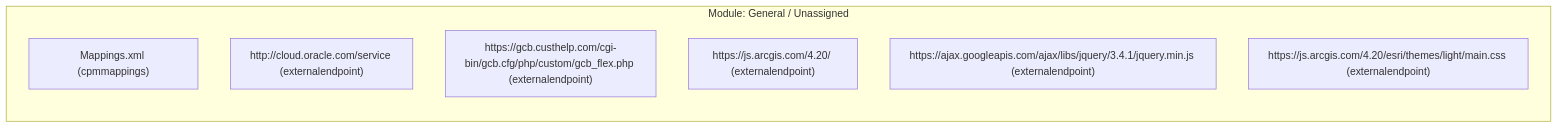
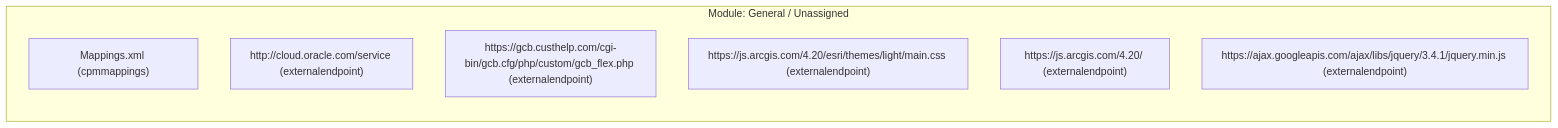
The third of 9 diagrams in results/COMPLETE_SYSTEM_MAPPING.md (SujalMatolia0/Config_Migration), drawn with Mermaid before and after one commit. The commit also changed other lines of this file and 17 other files, not shown here.

Commit message:
feat(graph): preserve CPM procedure XML mapping and display cross-link rule triggers

````diff
--- a/results/COMPLETE_SYSTEM_MAPPING.md
+++ b/results/COMPLETE_SYSTEM_MAPPING.md
@@ -157,11 +157,11 @@
 ```mermaid
 flowchart LR
   subgraph MOD_General___Unassigned ["Module: General / Unassigned"]
     N_cpmmappings_mappings_xml["Mappings.xml (cpmmappings)"]
     N_externalendpoint_http___cloud_oracle_com_service["http://cloud.oracle.com/service (externalendpoint)"]
     N_externalendpoint_https___gcb_custhelp_com_cgi_bin_gcb_cfg_php_custom_gcb_flex_php["https://gcb.custhelp.com/cgi-bin/gcb.cfg/php/custom/gcb_flex.php (externalendpoint)"]
+    N_externalendpoint_https___js_arcgis_com_4_20_esri_themes_light_main_css["https://js.arcgis.com/4.20/esri/themes/light/main.css (externalendpoint)"]
     N_externalendpoint_https___js_arcgis_com_4_20_["https://js.arcgis.com/4.20/ (externalendpoint)"]
     N_externalendpoint_https___ajax_googleapis_com_ajax_libs_jquery_3_4_1_jquery_min_js["https://ajax.googleapis.com/ajax/libs/jquery/3.4.1/jquery.min.js (externalendpoint)"]
-    N_externalendpoint_https___js_arcgis_com_4_20_esri_themes_light_main_css["https://js.arcgis.com/4.20/esri/themes/light/main.css (externalendpoint)"]
   end
 ```
````
